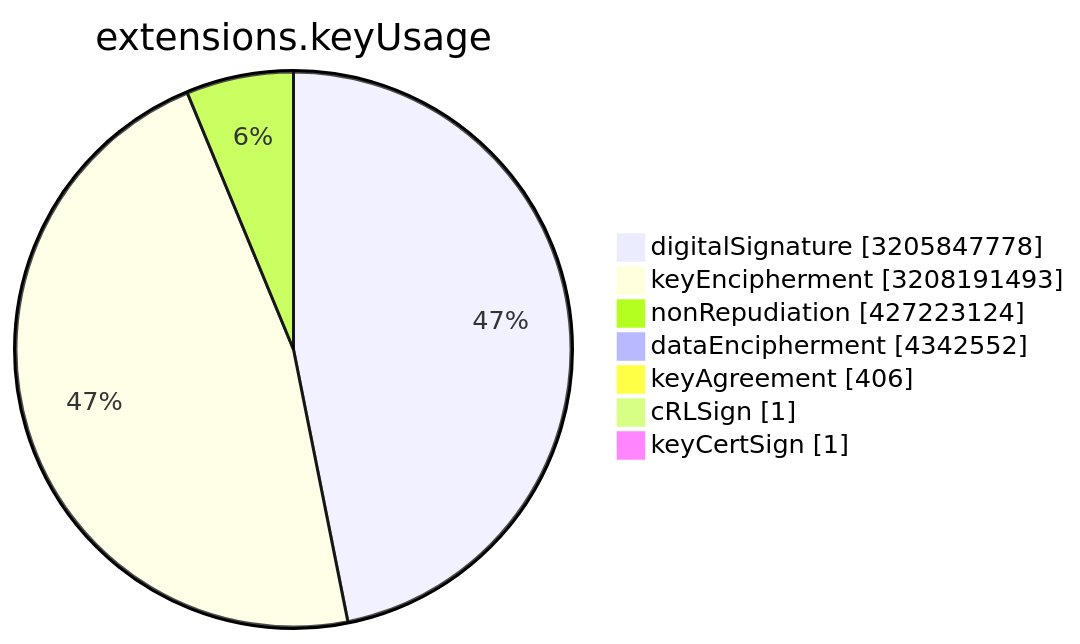
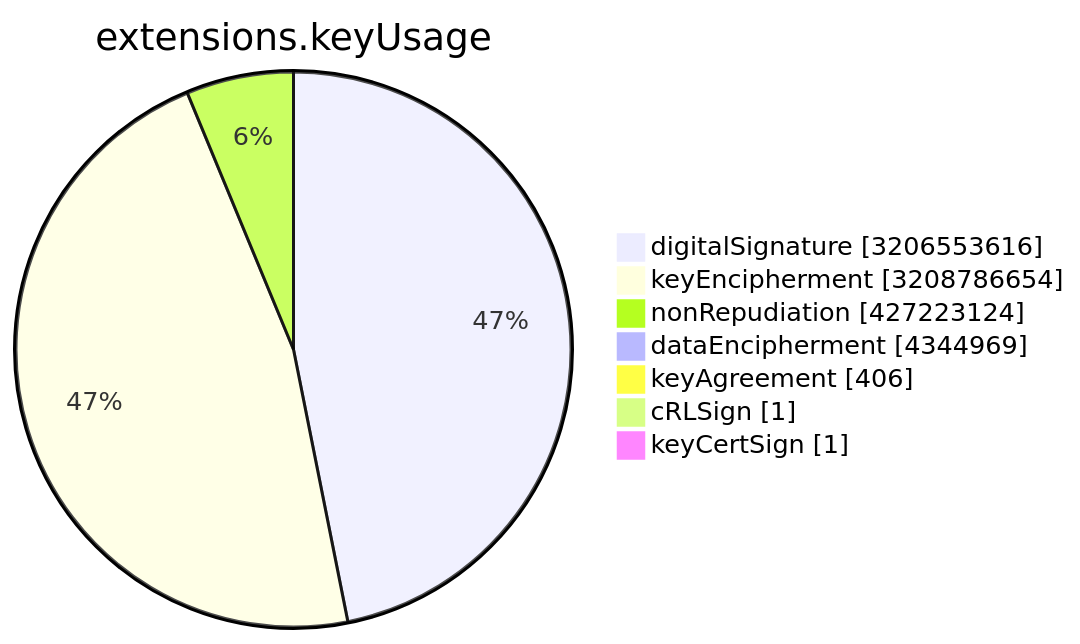
The sixth of 15 diagrams in TOTAL/README.md (christiankrug/ctmonitor_visualization), drawn with Mermaid before and after one commit. The commit also changed other lines of this file, not shown here.

````diff
--- a/TOTAL/README.md
+++ b/TOTAL/README.md
@@ -3077,11 +3077,11 @@
 ```mermaid
 pie showData
 title extensions.keyUsage
-"digitalSignature" :3205847778
-"keyEncipherment" :3208191493
+"digitalSignature" :3206553616
+"keyEncipherment" :3208786654
 "nonRepudiation" :427223124
-"dataEncipherment" :4342552
+"dataEncipherment" :4344969
 "keyAgreement" :406
 "cRLSign" :1
 "keyCertSign" :1
 ```
````
